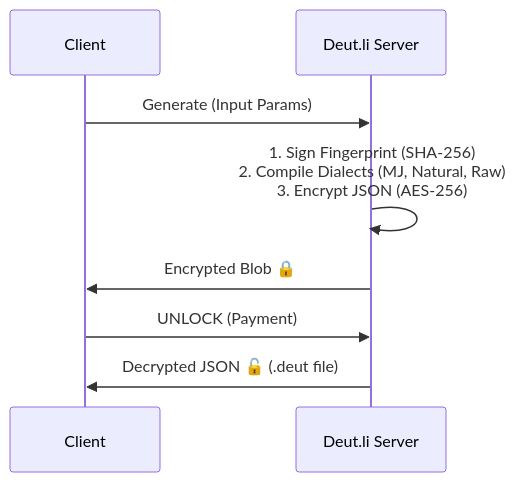
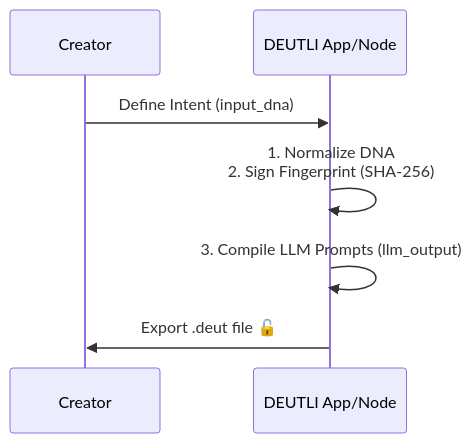
One commit to deut-li/open-deut-format changed the diagram in spec/v1.1.md. Above: the diagram before and after it, drawn with Mermaid. The commit also changed other lines of this file, not shown here.

````diff
--- a/spec/v1.1.md
+++ b/spec/v1.1.md
@@ -14,10 +28,9 @@
 ```mermaid
 sequenceDiagram
-    participant User as Client
-    participant Server as Deut.li Server
-    User->>Server: Generate (Input Params)
-    Server->>Server: 1. Sign Fingerprint (SHA-256)<br/>2. Compile Dialects (MJ, Natural, Raw)<br/>3. Encrypt JSON (AES-256)
-    Server->>User: Encrypted Blob 🔒
-    User->>Server: UNLOCK (Payment)
-    Server->>User: Decrypted JSON 🔓 (.deut file)
+    participant User as Creator
+    participant App as DEUTLI App/Node
+    User->>App: Define Intent (input_dna)
+    App->>App: 1. Normalize DNA<br/>2. Sign Fingerprint (SHA-256)
+    App->>App: 3. Compile LLM Prompts (llm_output)
+    App->>User: Export .deut file 🔓
 ```
````
